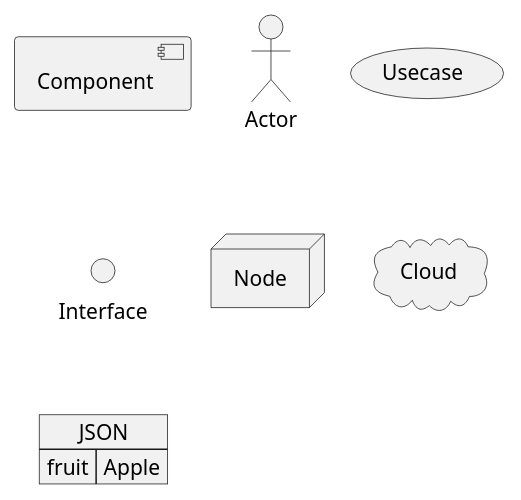
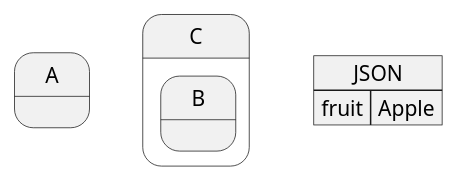
One commit to yasenstar/PlantUML_in_Action changed the diagram in 11_display_json_data/11.07-11.13/11_12-1.puml. Above: the diagram before and after it, drawn with PlantUML. The commit also changed 3 other files, not shown here.

```diff
--- a/11_display_json_data/11.07-11.13/11_12-1.puml
+++ b/11_display_json_data/11.07-11.13/11_12-1.puml
@@ -1,13 +1,11 @@
 @startuml
 
-component Component
-actor Actor
-usecase Usecase
-() Interface
-node Node
-cloud Cloud
+state "A" as stateA
+state "C" as stateC {
+    state "B" as StateB
+}
 
 json JSON {
     "fruit": "Apple"
 }
 @enduml
```
